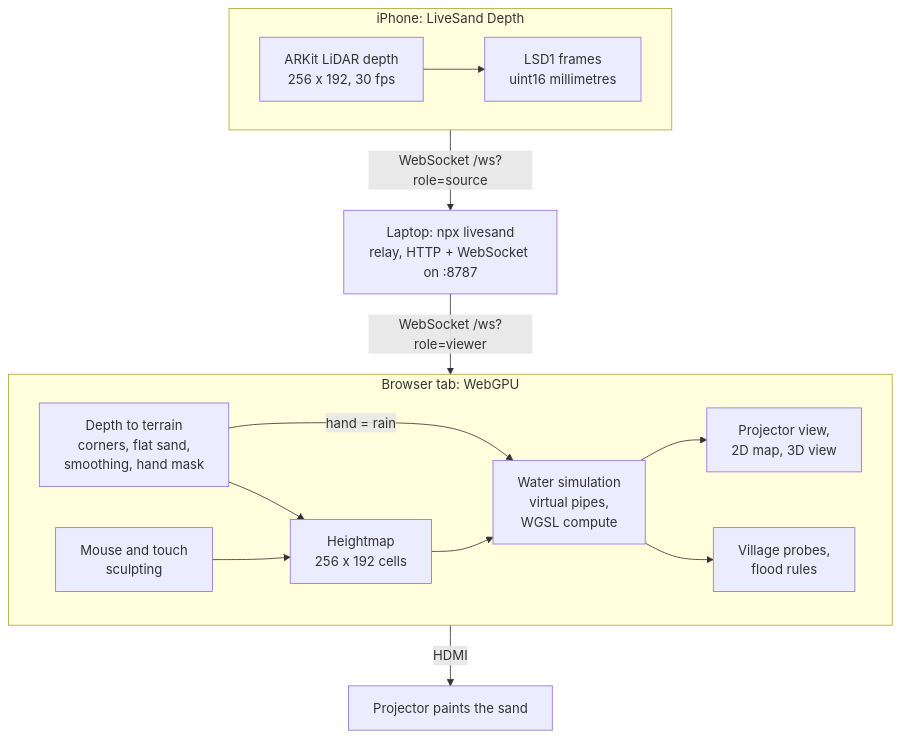
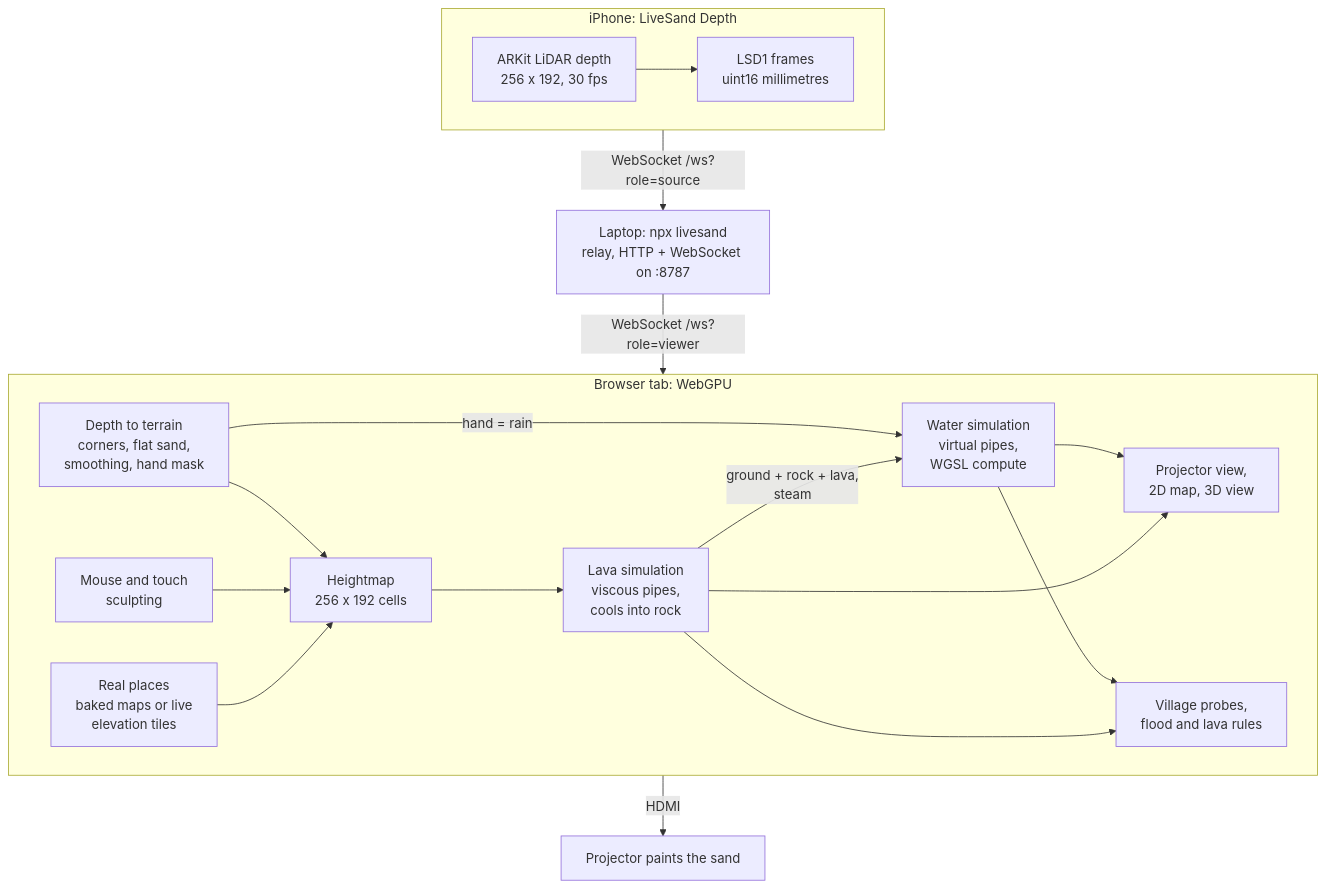
One commit to tranhuuhuy297/livesand changed the diagram in README.md. Above: the diagram before and after it, drawn with Mermaid. The commit also changed other lines of this file and 169 other files, not shown here.

First line of the commit message:
feat: add real-world places, hometown flooding, lava simulation and volcano levels

````diff
--- a/README.md
+++ b/README.md
@@ -120,26 +197,32 @@
 ```mermaid
 flowchart TB
   subgraph phone["iPhone: LiveSand Depth"]
     direction LR
     lidar["ARKit LiDAR depth<br/>256 x 192, 30 fps"] --> frames["LSD1 frames<br/>uint16 millimetres"]
   end
   relay["Laptop: npx livesand<br/>relay, HTTP + WebSocket on :8787"]
   subgraph tab["Browser tab: WebGPU"]
     direction LR
     depth["Depth to terrain<br/>corners, flat sand,<br/>smoothing, hand mask"]
     mouse["Mouse and touch<br/>sculpting"]
+    places["Real places<br/>baked maps or live<br/>elevation tiles"]
     heights["Heightmap<br/>256 x 192 cells"]
+    lava["Lava simulation<br/>viscous pipes,<br/>cools into rock"]
     sim["Water simulation<br/>virtual pipes,<br/>WGSL compute"]
     views["Projector view,<br/>2D map, 3D view"]
-    game["Village probes,<br/>flood rules"]
+    game["Village probes,<br/>flood and lava rules"]
     depth --> heights
     mouse --> heights
+    places --> heights
     depth -- "hand = rain" --> sim
-    heights --> sim
+    heights --> lava
+    lava -- "ground + rock + lava,<br/>steam" --> sim
     sim --> views
     sim --> game
+    lava --> views
+    lava --> game
   end
   phone -- "WebSocket /ws?role=source" --> relay
   relay -- "WebSocket /ws?role=viewer" --> tab
   tab -- "HDMI" --> sand["Projector paints the sand"]
 ```
````
